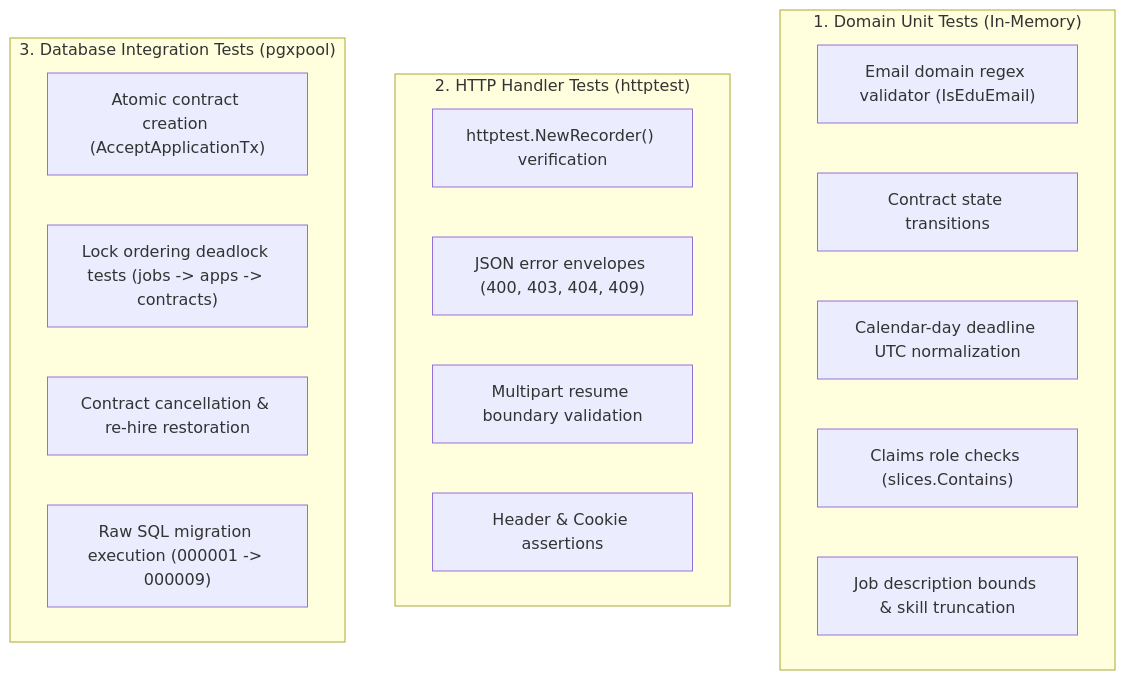
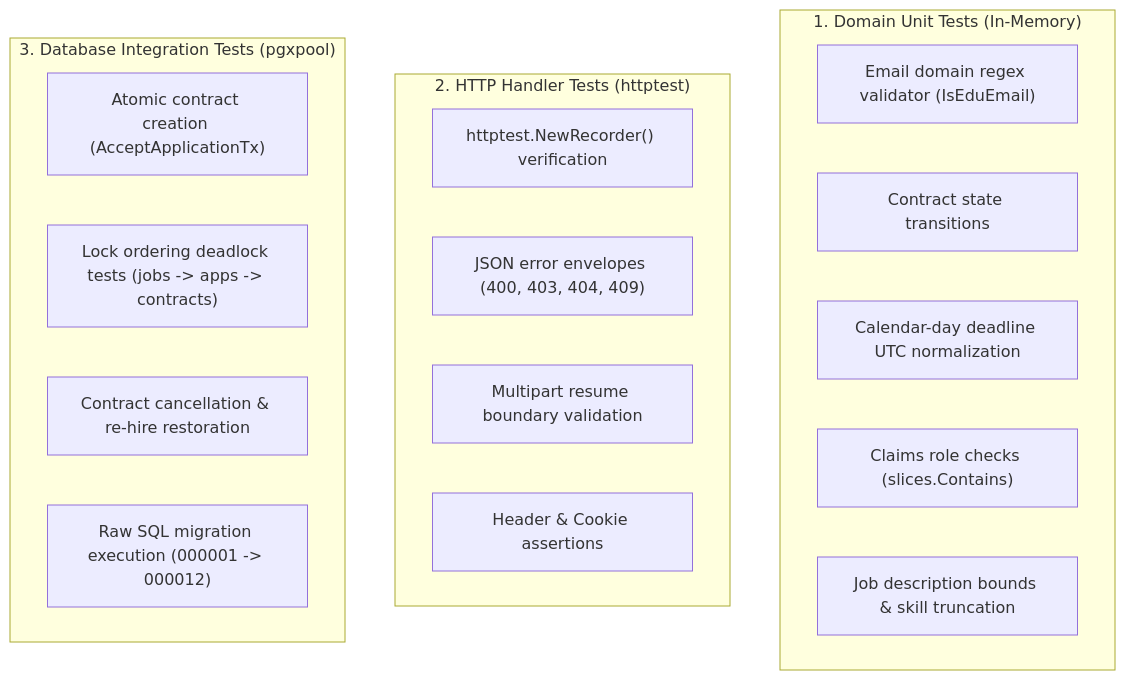
Before and after one commit to BIJJUDAMA/Lynk: the first of 4 diagrams in docs/development/testing-strategy.md, drawn with Mermaid. The commit also changed other lines of this file and 4 other files, not shown here.

````diff
--- a/docs/development/testing-strategy.md
+++ b/docs/development/testing-strategy.md
@@ -40,24 +41,24 @@
 ```mermaid
 flowchart TD
     subgraph UnitTests["1. Domain Unit Tests (In-Memory)"]
         UT1["Email domain regex validator (IsEduEmail)"]
         UT2["Contract state transitions"]
         UT3["Calendar-day deadline UTC normalization"]
         UT4["Claims role checks (slices.Contains)"]
         UT5["Job description bounds & skill truncation"]
     end
 
     subgraph HandlerTests["2. HTTP Handler Tests (httptest)"]
         HT1["httptest.NewRecorder() verification"]
         HT2["JSON error envelopes (400, 403, 404, 409)"]
         HT3["Multipart resume boundary validation"]
         HT4["Header & Cookie assertions"]
     end
 
     subgraph IntegrationTests["3. Database Integration Tests (pgxpool)"]
         IT1["Atomic contract creation (AcceptApplicationTx)"]
         IT2["Lock ordering deadlock tests (jobs -> apps -> contracts)"]
         IT3["Contract cancellation & re-hire restoration"]
-        IT4["Raw SQL migration execution (000001 -> 000009)"]
+        IT4["Raw SQL migration execution (000001 -> 000012)"]
     end
 ```
````
